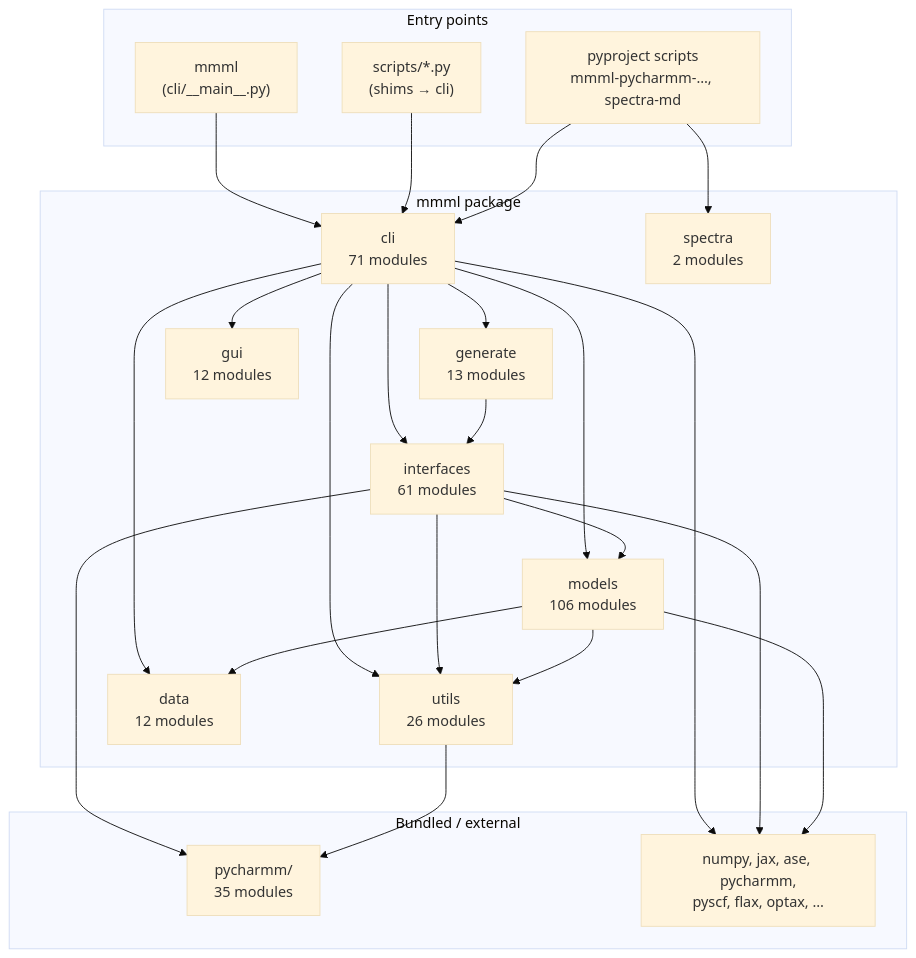
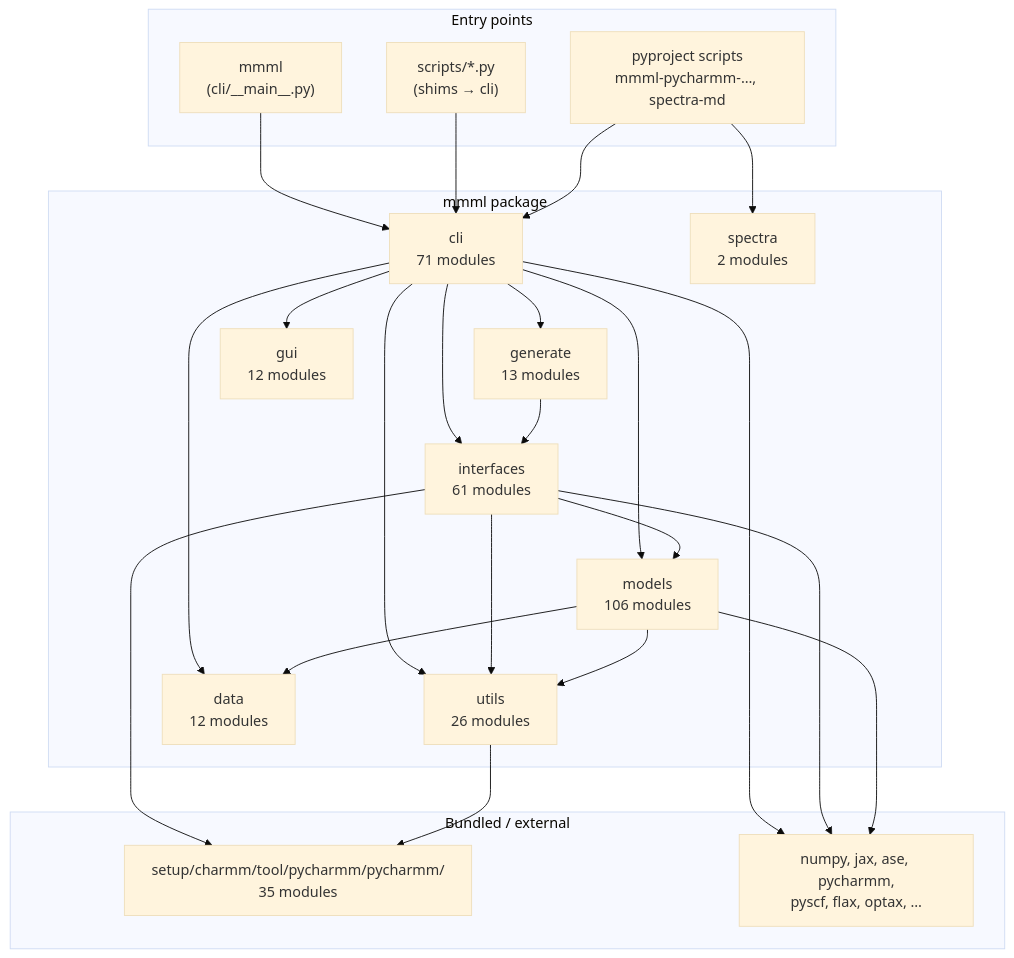
One commit to EricBoittier/mmml changed the first of 8 diagrams in docs/package-architecture.md. Above: the diagram before and after it, drawn with Mermaid (base theme). The commit also changed other lines of this file and 125 other files, not shown here.

````diff
--- a/docs/package-architecture.md
+++ b/docs/package-architecture.md
@@ -10,48 +10,48 @@
 ```mermaid
 flowchart TB
   subgraph entry["Entry points"]
     MMML["mmml\n(cli/__main__.py)"]
     SCRIPTS["scripts/*.py\n(shims → cli)"]
     PKG["pyproject scripts\nmmml-pycharmm-…, spectra-md"]
   end
 
   subgraph mmml_pkg["mmml package"]
     CLI["cli\n71 modules"]
     IFACE["interfaces\n61 modules"]
     MODELS["models\n106 modules"]
     UTILS["utils\n26 modules"]
     DATA["data\n12 modules"]
     GEN["generate\n13 modules"]
     GUI["gui\n12 modules"]
     SPEC["spectra\n2 modules"]
   end
 
   subgraph vendor["Bundled / external"]
-    PYCH["pycharmm/\n35 modules"]
+    PYCH["setup/charmm/tool/pycharmm/pycharmm/\n35 modules"]
     EXT["numpy, jax, ase, pycharmm,\npyscf, flax, optax, …"]
   end
 
   MMML --> CLI
   SCRIPTS --> CLI
   PKG --> CLI
   PKG --> SPEC
 
   CLI --> IFACE
   CLI --> MODELS
   CLI --> DATA
   CLI --> UTILS
   CLI --> GEN
   CLI --> GUI
 
   IFACE --> MODELS
   IFACE --> UTILS
   IFACE --> PYCH
   MODELS --> UTILS
   MODELS --> DATA
   UTILS --> PYCH
   GEN --> IFACE
 
   CLI --> EXT
   IFACE --> EXT
   MODELS --> EXT
 ```
````
